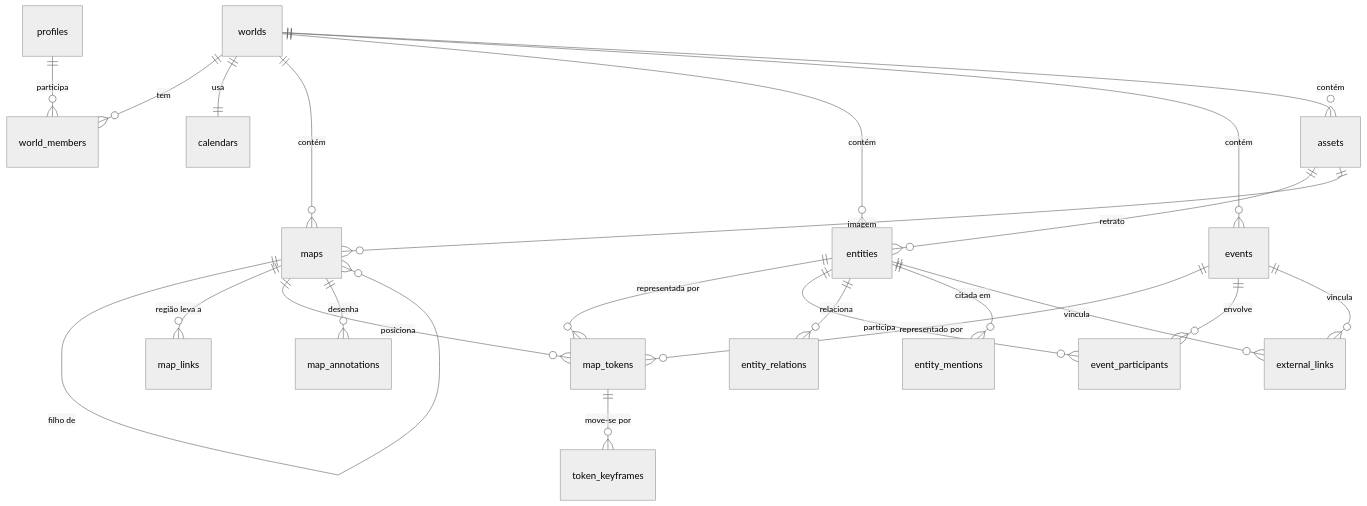
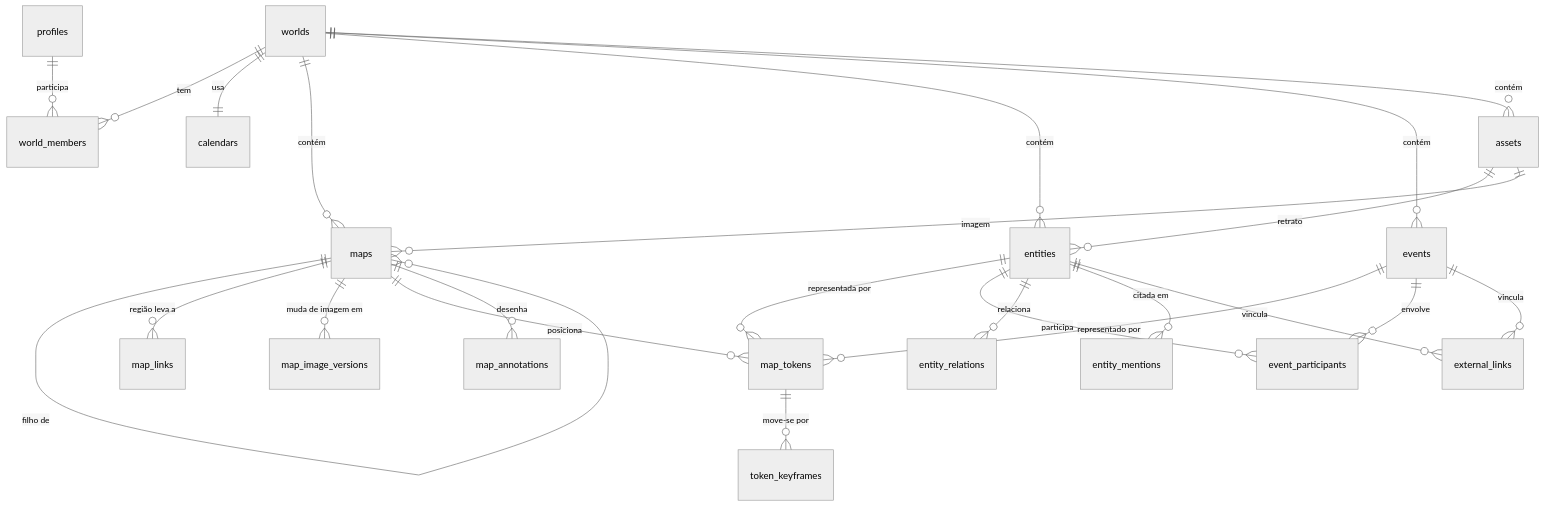
The diagram in docs/07-dados.md (pedroBstumpf/Worldbuilder-s-Dream), drawn with Mermaid (neutral theme) before and after one commit. The commit also changed other lines of this file and 4 other files, not shown here.

First line of the commit message:
0130 docs(docs): plan time-bound versions of the map image

````diff
--- a/docs/07-dados.md
+++ b/docs/07-dados.md
@@ -8,25 +8,26 @@
 ```mermaid
 erDiagram
   profiles ||--o{ world_members : "participa"
   worlds ||--o{ world_members : "tem"
   worlds ||--|| calendars : "usa"
   worlds ||--o{ maps : "contém"
   worlds ||--o{ entities : "contém"
   worlds ||--o{ events : "contém"
   worlds ||--o{ assets : "contém"
   maps ||--o{ maps : "filho de"
   maps ||--o{ map_links : "região leva a"
+  maps ||--o{ map_image_versions : "muda de imagem em"
   maps ||--o{ map_tokens : "posiciona"
   maps ||--o{ map_annotations : "desenha"
   entities ||--o{ map_tokens : "representada por"
   events ||--o{ map_tokens : "representado por"
   map_tokens ||--o{ token_keyframes : "move-se por"
   events ||--o{ event_participants : "envolve"
   entities ||--o{ event_participants : "participa"
   entities ||--o{ entity_relations : "relaciona"
   entities ||--o{ entity_mentions : "citada em"
   entities ||--o{ external_links : "vincula"
   events ||--o{ external_links : "vincula"
   assets ||--o{ entities : "retrato"
   assets ||--o{ maps : "imagem"
 ```
````
